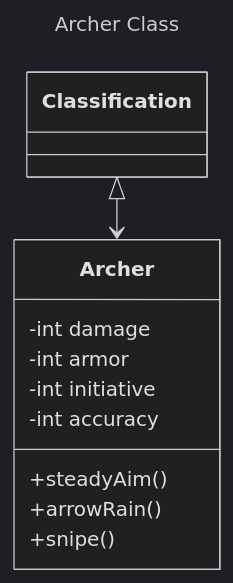
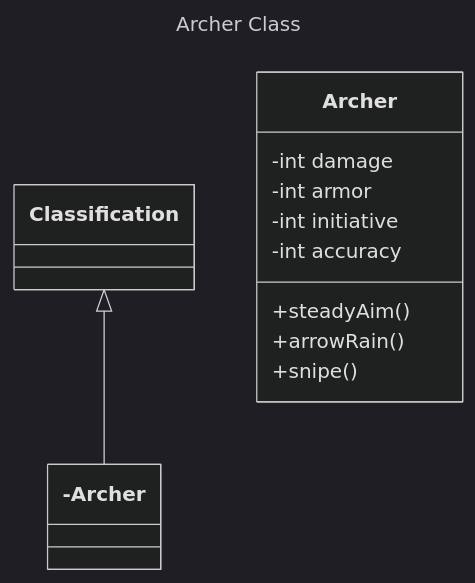
One commit to pacalso-jjc/2425-2nd-cc3-1e-rpg changed the diagram in wiki/Class-Diagram---Archer.md. Above: the diagram before and after it, drawn with Mermaid (dark theme).

Commit message:
fixed typo on inheritance arrow

````diff
--- a/wiki/Class-Diagram---Archer.md
+++ b/wiki/Class-Diagram---Archer.md
@@ -1,16 +1,16 @@
 ```mermaid
 ---
 title: Archer Class
 ---
 classDiagram
-    Classification <|--> Archer
+    Classification <|--- Archer
     class Archer {
         -int damage
         -int armor
         -int initiative
         -int accuracy
         +steadyAim()
         +arrowRain()
         +snipe()
     }
 ```
````
